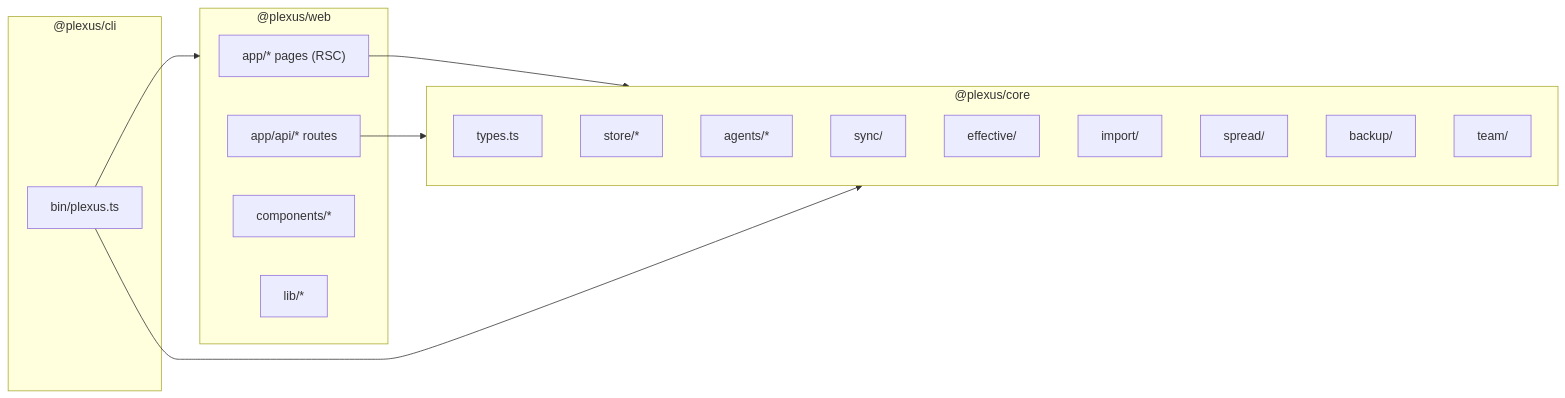
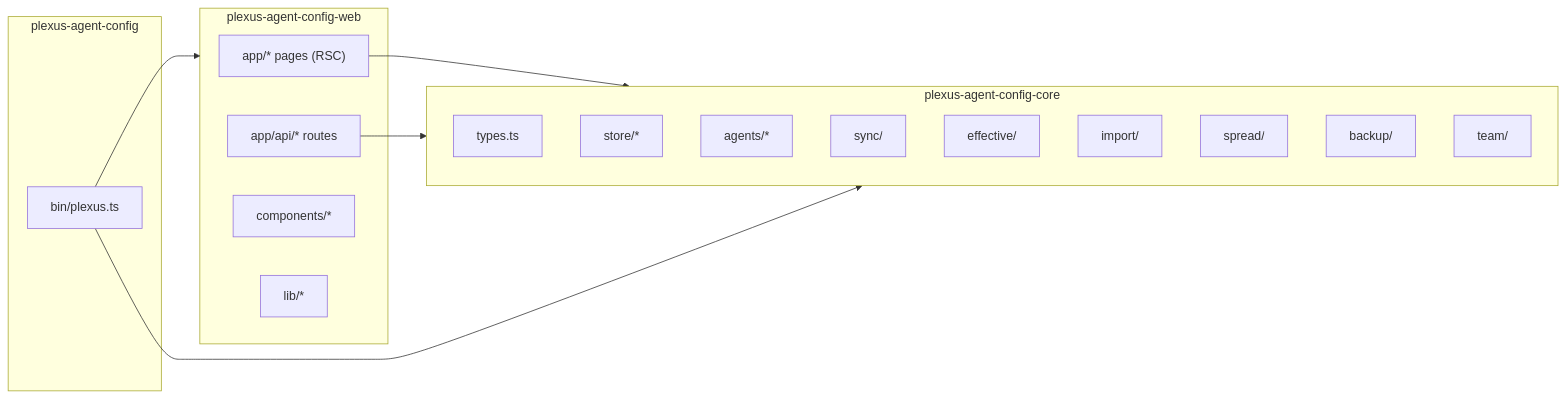
Before and after one commit to miniLV/Plexus: the second of 4 diagrams in docs/refactor/03-architecture.md, drawn with Mermaid. The commit also changed other lines of this file and 50 other files, not shown here.

````diff
--- a/docs/refactor/03-architecture.md
+++ b/docs/refactor/03-architecture.md
@@ -82,27 +82,27 @@
 ```mermaid
 graph LR
-    subgraph apps_web["@plexus/web"]
+    subgraph apps_web["plexus-agent-config-web"]
       pages["app/* pages (RSC)"]
       apiroutes["app/api/* routes"]
       components["components/*"]
       lib["lib/*"]
     end
-    subgraph core["@plexus/core"]
+    subgraph core["plexus-agent-config-core"]
       types["types.ts"]
       store["store/*"]
       agents["agents/*"]
       sync["sync/"]
       effective["effective/"]
       importer["import/"]
       spread["spread/"]
       backup["backup/"]
       team["team/"]
     end
-    subgraph cli["@plexus/cli"]
+    subgraph cli["plexus-agent-config"]
       bin["bin/plexus.ts"]
     end
     pages --> core
     apiroutes --> core
     bin --> core
     bin --> apps_web
 ```
````
